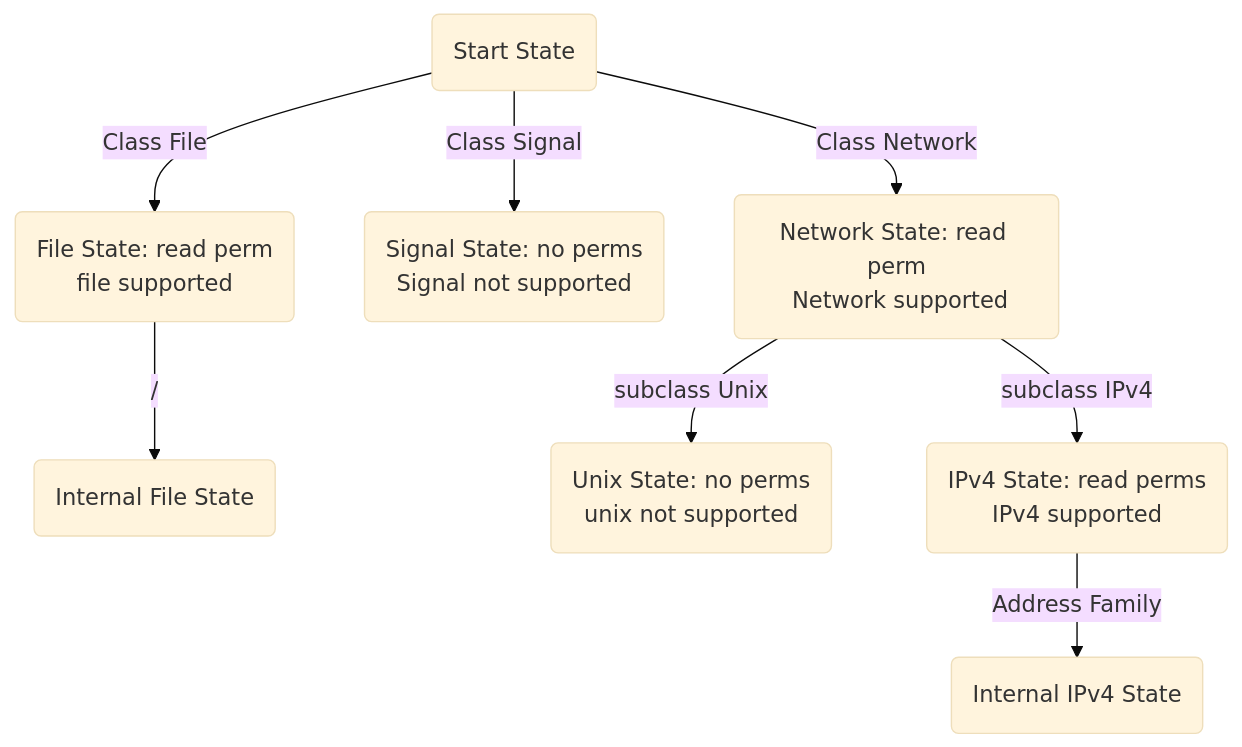
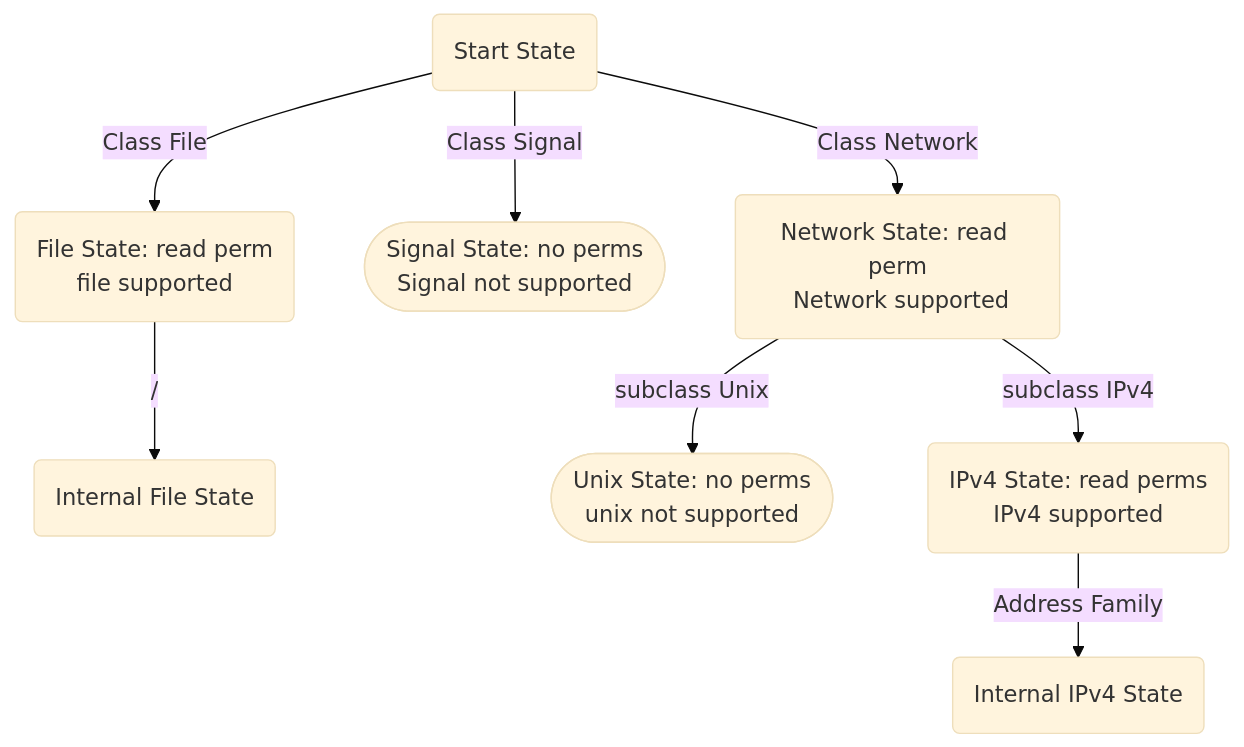
The diagram in AppArmorFeatureABI.md (youngker/apparmor-wiki), drawn with Mermaid (base theme) before and after one commit.

Commit message:
Update AppArmorFeatureABI

````diff
--- a/AppArmorFeatureABI.md
+++ b/AppArmorFeatureABI.md
@@ -144,10 +144,10 @@
 ```mermaid
 graph TD;
   A(Start State) --> |Class File| F;
-  A --> |Class Signal| S(Signal State: no perms<br> Signal not supported);
+  A --> |Class Signal| S([Signal State: no perms<br> Signal not supported]);
   A --> |Class Network| N;
   F(File State: read perm<br> file supported) --> |/| Fi(Internal File State);
-  N(Network State: read perm<br> Network supported) --> |subclass Unix| U(Unix State: no perms<br> unix not supported);
+  N(Network State: read perm<br> Network supported) --> |subclass Unix| U([Unix State: no perms<br> unix not supported]);
   N --> |subclass IPv4| I(IPv4 State: read perms<br>IPv4 supported);
   I --> |Address Family| ipv4(Internal IPv4 State);
 ```
````
